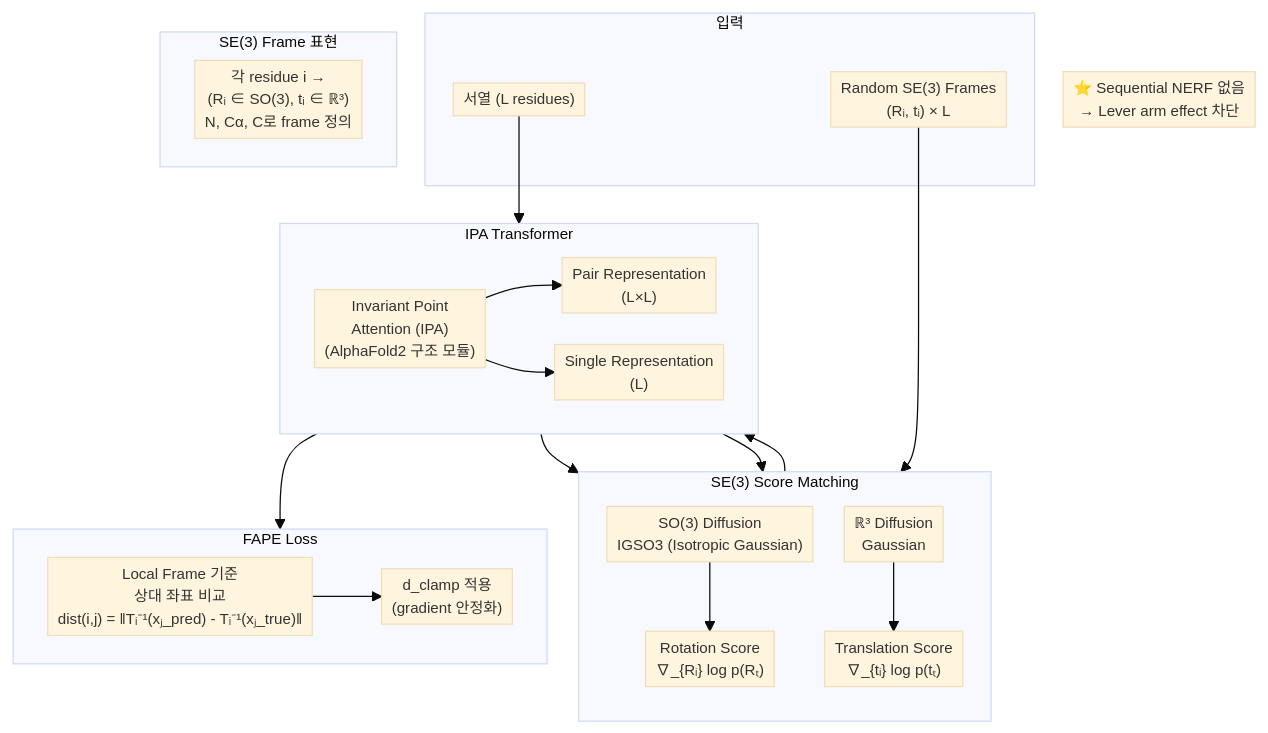
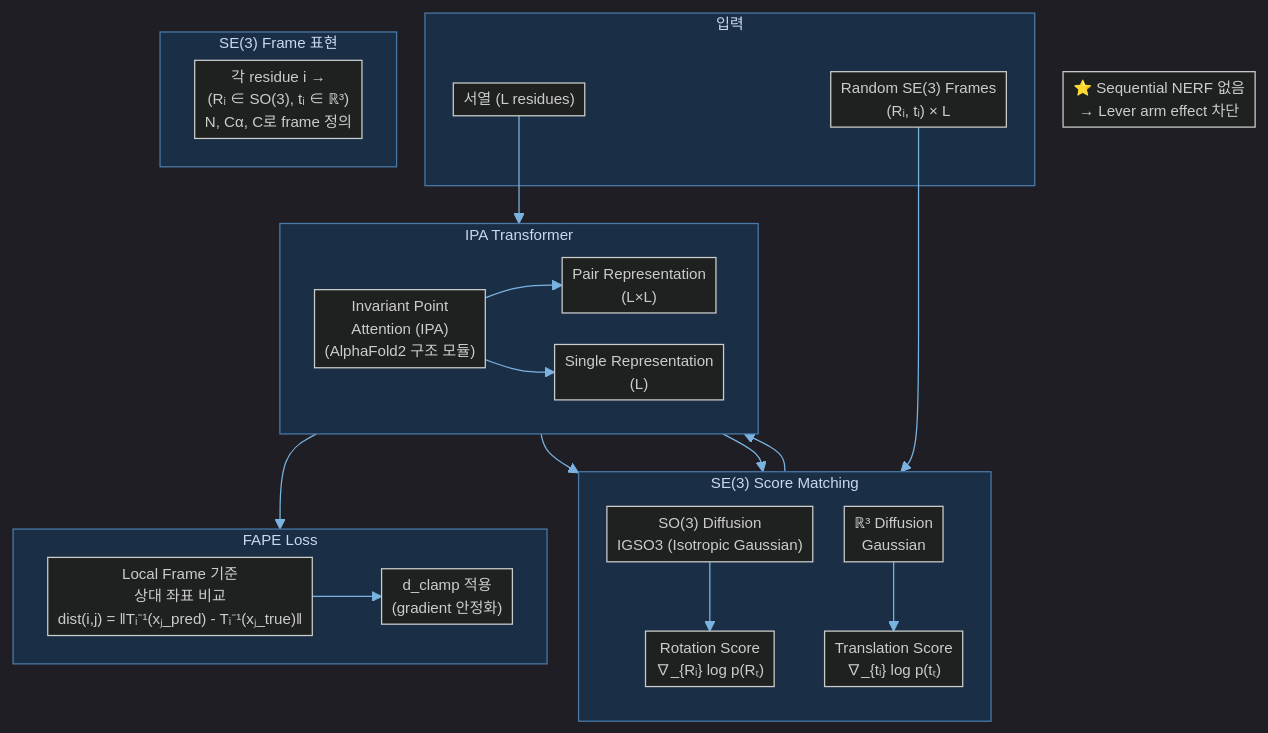
One commit to rlaalswhd199/PARA-vault changed the diagram in 1_Projects/Crypticflow/Reading_Notes/Paper_Yim23_FrameDiff.md. Above: the diagram before and after it, drawn with Mermaid. The commit also changed other lines of this file and 32 other files, not shown here.

````diff
--- a/1_Projects/Crypticflow/Reading_Notes/Paper_Yim23_FrameDiff.md
+++ b/1_Projects/Crypticflow/Reading_Notes/Paper_Yim23_FrameDiff.md
@@ -25,43 +20,43 @@
 ```mermaid
-%%{init: {'theme':'base', 'flowchart': {'htmlLabels': false, 'curve': 'basis', 'nodeSpacing': 25, 'rankSpacing': 30, 'padding': 4, 'useMaxWidth': true}, 'themeVariables': {'fontSize': '12px'}}}%%
+%%{init: {'theme':'dark', 'flowchart': {'htmlLabels': true, 'curve': 'basis', 'nodeSpacing': 25, 'rankSpacing': 30, 'padding': 4, 'useMaxWidth': true}, 'themeVariables': {'fontSize': '12px', 'primaryColor': '#2d4a6e', 'primaryTextColor': '#e8eaf0', 'primaryBorderColor': '#5a8abf', 'lineColor': '#7ab3e0', 'secondaryColor': '#1e3a5a', 'tertiaryColor': '#162840', 'clusterBkg': '#1a2f45', 'clusterBorder': '#4a7aaa', 'titleColor': '#c8d8f0', 'edgeLabelBackground': '#1a2f45', 'nodeTextColor': '#e8eaf0'}}}%%
 flowchart TB
     subgraph INPUT["입력"]
         SEQ["서열 (L residues)"]
-        NOISE["Random SE(3) Frames\n(Rᵢ, tᵢ) × L"]
+        NOISE["Random SE(3) Frames<br/>(Rᵢ, tᵢ) × L"]
     end
 
     subgraph REPR["SE(3) Frame 표현"]
-        FRAME["각 residue i →\n(Rᵢ ∈ SO(3), tᵢ ∈ ℝ³)\nN, Cα, C로 frame 정의"]
+        FRAME["각 residue i →<br/>(Rᵢ ∈ SO(3), tᵢ ∈ ℝ³)<br/>N, Cα, C로 frame 정의"]
     end
 
     subgraph DIFFUSION["SE(3) Score Matching"]
         direction TB
-        ROT["SO(3) Diffusion\nIGSO3 (Isotropic Gaussian)"]
-        TRANS["ℝ³ Diffusion\nGaussian"]
-        SCORE_R["Rotation Score\n∇_{Rᵢ} log p(Rₜ)"]
-        SCORE_T["Translation Score\n∇_{tᵢ} log p(tₜ)"]
+        ROT["SO(3) Diffusion<br/>IGSO3 (Isotropic Gaussian)"]
+        TRANS["ℝ³ Diffusion<br/>Gaussian"]
+        SCORE_R["Rotation Score<br/>∇_{Rᵢ} log p(Rₜ)"]
+        SCORE_T["Translation Score<br/>∇_{tᵢ} log p(tₜ)"]
         ROT --> SCORE_R
         TRANS --> SCORE_T
     end
 
     subgraph MODEL["IPA Transformer"]
-        IPA["Invariant Point\nAttention (IPA)\n(AlphaFold2 구조 모듈)"]
-        PAIR["Pair Representation\n(L×L)"]
-        SINGLE["Single Representation\n(L)"]
+        IPA["Invariant Point<br/>Attention (IPA)<br/>(AlphaFold2 구조 모듈)"]
+        PAIR["Pair Representation<br/>(L×L)"]
+        SINGLE["Single Representation<br/>(L)"]
         IPA --> PAIR & SINGLE
     end
 
     subgraph LOSS["FAPE Loss"]
-        LOCAL["Local Frame 기준\n상대 좌표 비교\ndist(i,j) = ‖Tᵢ⁻¹(xⱼ_pred) - Tᵢ⁻¹(xⱼ_true)‖"]
-        CLAMP["d_clamp 적용\n(gradient 안정화)"]
+        LOCAL["Local Frame 기준<br/>상대 좌표 비교<br/>dist(i,j) = ‖Tᵢ⁻¹(xⱼ_pred) - Tᵢ⁻¹(xⱼ_true)‖"]
+        CLAMP["d_clamp 적용<br/>(gradient 안정화)"]
         LOCAL --> CLAMP
     end
 
     SEQ --> MODEL
     NOISE --> DIFFUSION
     DIFFUSION --> MODEL
     MODEL --> SCORE_R & SCORE_T
     MODEL --> LOSS
 
-    note1["⭐ Sequential NERF 없음\n→ Lever arm effect 차단"]
+    note1["⭐ Sequential NERF 없음<br/>→ Lever arm effect 차단"]
 ```
````
